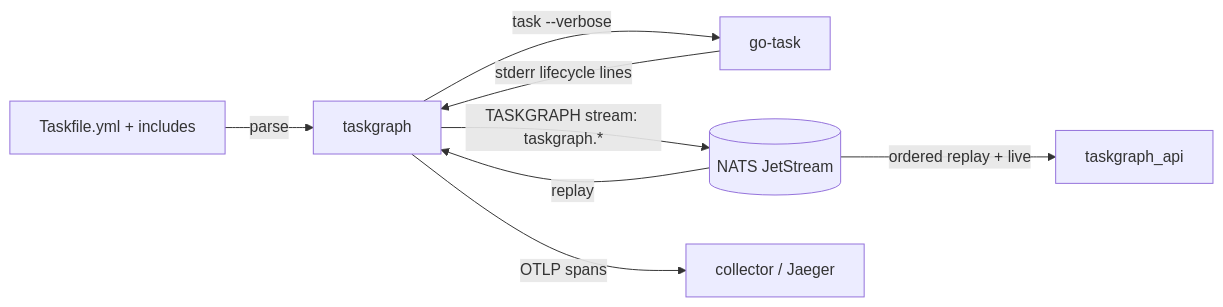
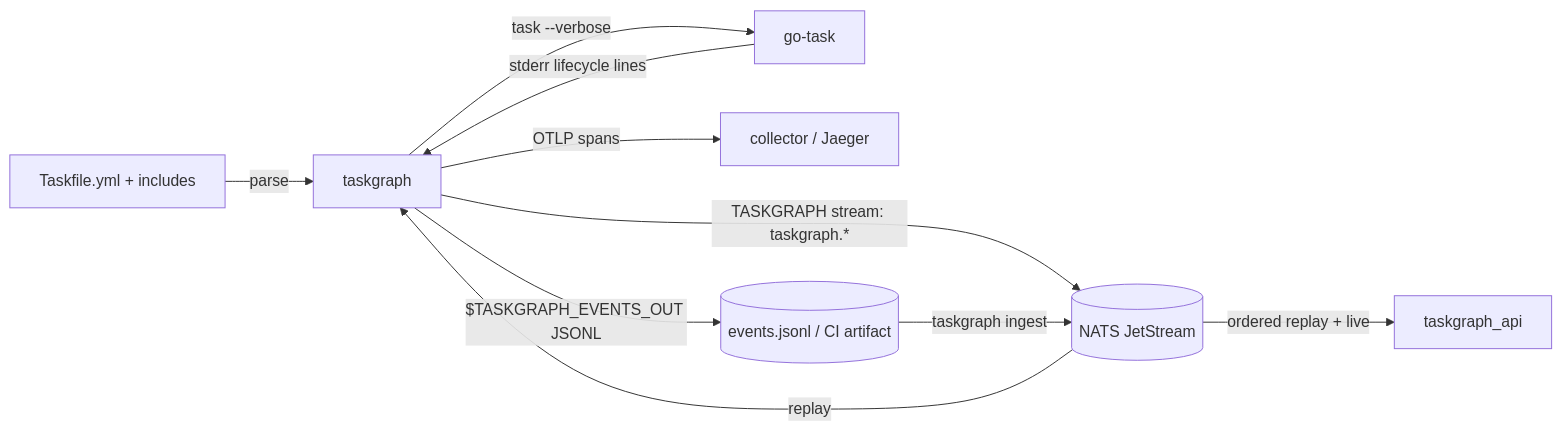
Before and after one commit to yurikrupnik-org/nx-playground: the diagram in apps/taskgraph/cli/README.md, drawn with Mermaid. The commit also changed other lines of this file and 122 other files, not shown here.

````diff
--- a/apps/taskgraph/cli/README.md
+++ b/apps/taskgraph/cli/README.md
@@ -7,10 +7,12 @@
 ```mermaid
 flowchart LR
   TF[Taskfile.yml + includes] -->|parse| CLI[taskgraph]
   CLI -->|task --verbose| GT[go-task]
   GT -->|stderr lifecycle lines| CLI
   CLI -->|TASKGRAPH stream: taskgraph.*| NATS[(NATS JetStream)]
   CLI -->|OTLP spans| OTEL[collector / Jaeger]
+  CLI -->|$TASKGRAPH_EVENTS_OUT JSONL| FILE[(events.jsonl / CI artifact)]
+  FILE -->|taskgraph ingest| NATS
   NATS -->|ordered replay + live| API[taskgraph_api]
   NATS -->|replay| CLI
 ```
````
